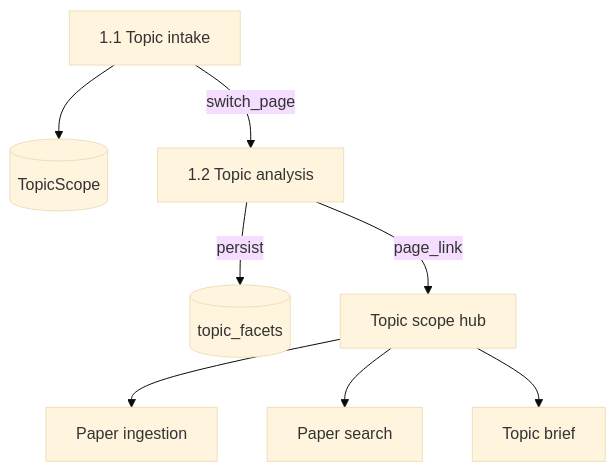
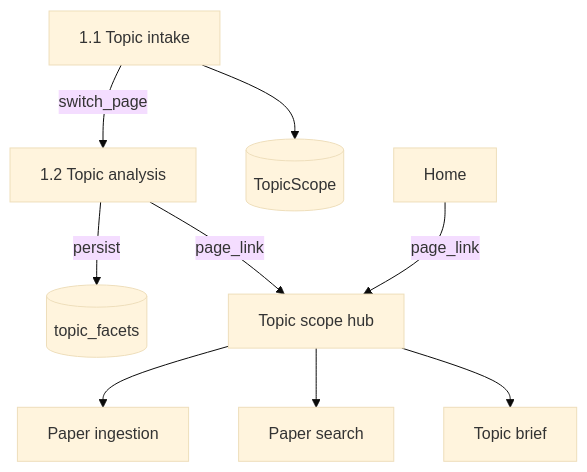
One commit to GustavoRusso/paper-reviewer changed the diagram in docs/specs/1.2-topic-analysis.md. Above: the diagram before and after it, drawn with Mermaid (base theme). The commit also changed other lines of this file and 6 other files, not shown here.

````diff
--- a/docs/specs/1.2-topic-analysis.md
+++ b/docs/specs/1.2-topic-analysis.md
@@ -49,18 +50,20 @@
 ```mermaid
 flowchart TB
+  home[Home]
   intake[1.1 Topic intake]
   scope[(TopicScope)]
   analyze[1.2 Topic analysis]
   facets[(topic_facets)]
   hub[Topic scope hub]
   ingest[Paper ingestion]
   paperSearch[Paper search]
   topicBrief[Topic brief]
+  home -->|page_link| hub
   intake -->|switch_page| analyze
   intake --> scope
   analyze -->|persist| facets
   analyze -->|page_link| hub
   hub --> ingest
   hub --> paperSearch
   hub --> topicBrief
 ```
````
